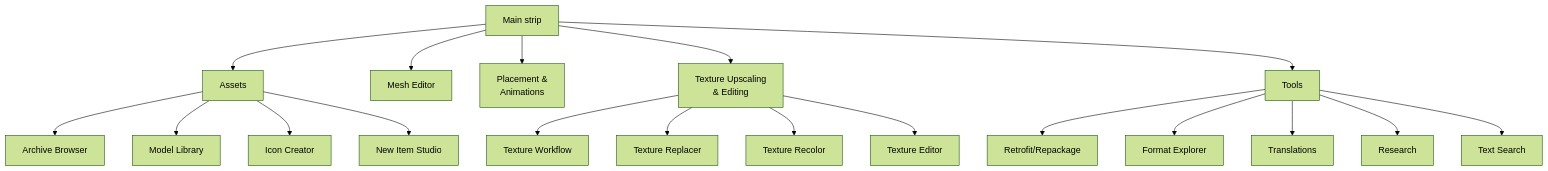
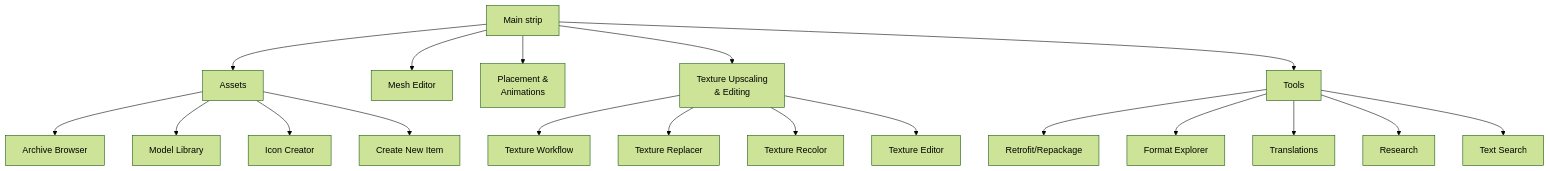
The first of 5 diagrams in README.md (Ratty123/CDMW-Full), drawn with Mermaid (forest theme) before and after one commit. The commit also changed other lines of this file and 48 other files, not shown here.

````diff
--- a/README.md
+++ b/README.md
@@ -59,29 +60,29 @@
 ```mermaid
 flowchart TD
     MAIN["Main strip"]
     A["Assets"]
     M["Mesh Editor"]
     P["Placement &<br/>Animations"]
     T["Texture Upscaling<br/>& Editing"]
     O["Tools"]
 
     MAIN --> A
     MAIN --> M
     MAIN --> P
     MAIN --> T
     MAIN --> O
 
     A --> A1["Archive Browser"]
     A --> A2["Model Library"]
     A --> A3["Icon Creator"]
-    A --> A4["New Item Studio"]
+    A --> A4["Create New Item"]
     T --> T1["Texture Workflow"]
     T --> T2["Texture Replacer"]
     T --> T3["Texture Recolor"]
     T --> T4["Texture Editor"]
     O --> O1["Retrofit/Repackage"]
     O --> O2["Format Explorer"]
     O --> O3["Translations"]
     O --> O4["Research"]
     O --> O5["Text Search"]
 ```
````
